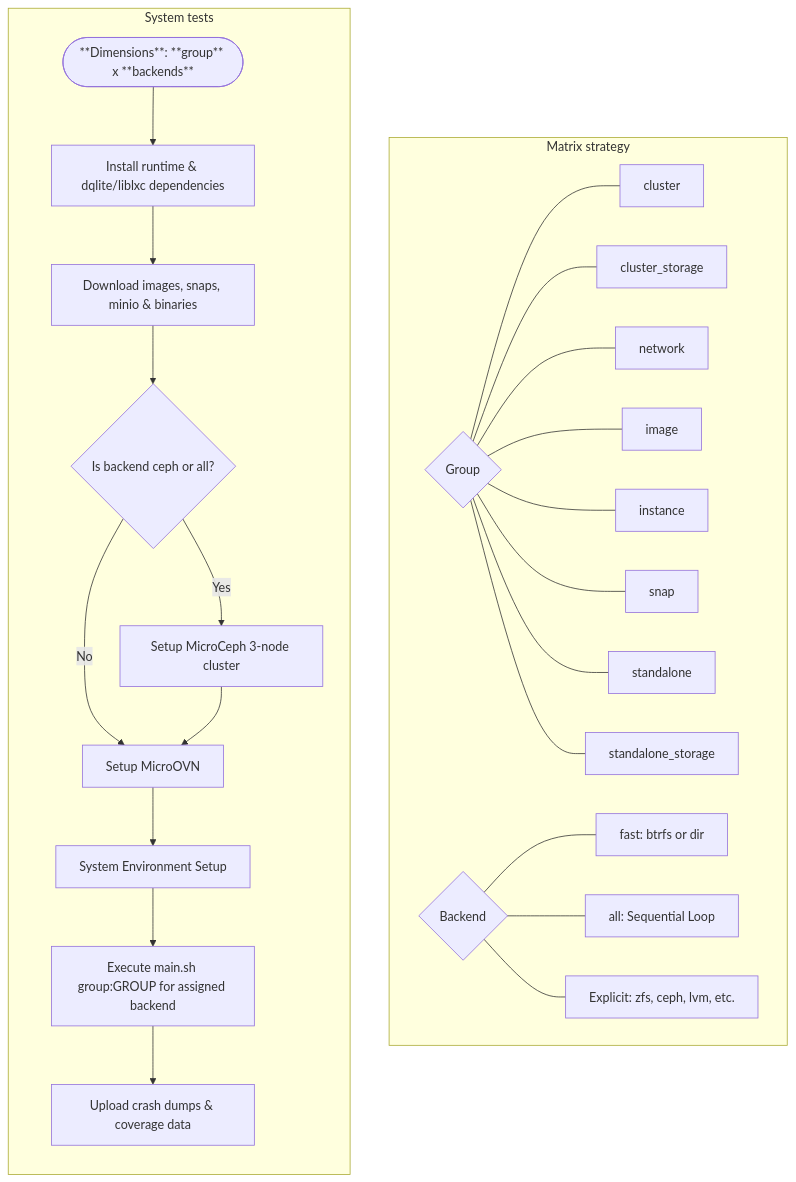
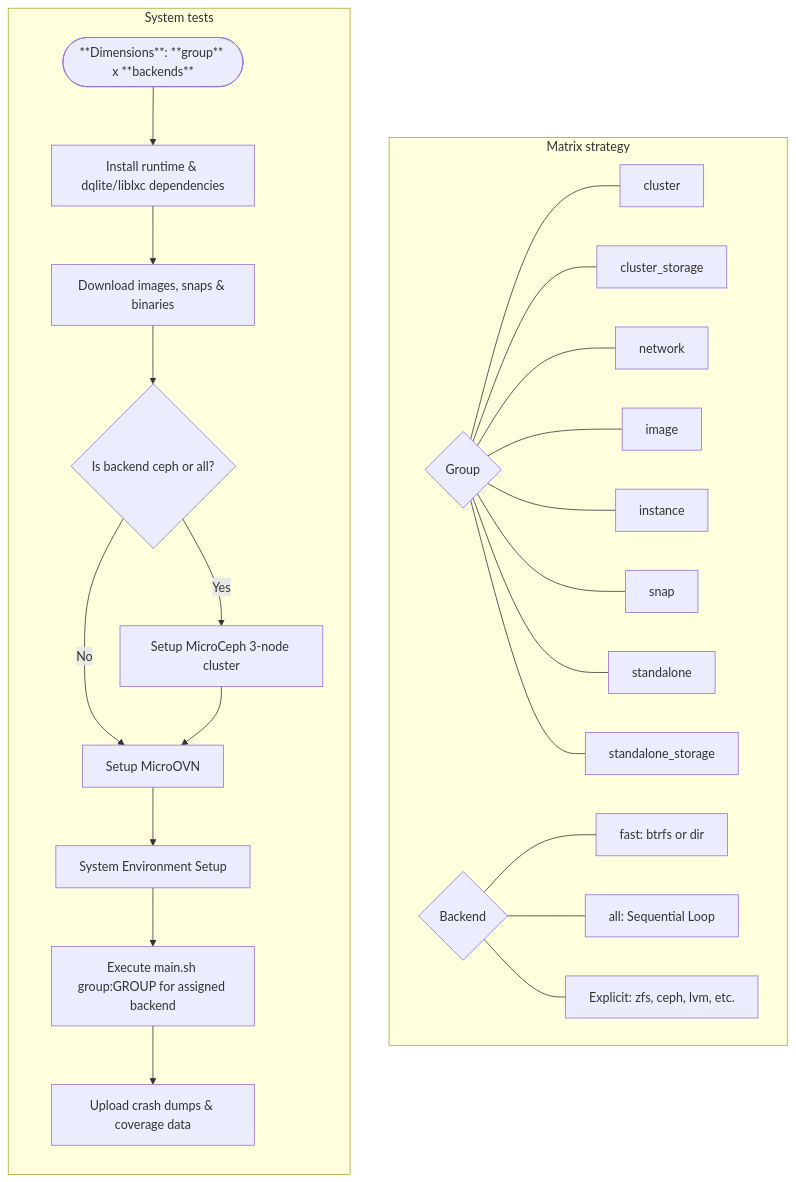
The fifth of 6 diagrams in test/overview.md (canonical/lxd), drawn with Mermaid before and after one commit. The commit also changed other lines of this file, not shown here.

````diff
--- a/test/overview.md
+++ b/test/overview.md
@@ -169,36 +169,36 @@
 ```mermaid
 graph TD
     subgraph ST_Matrix [Matrix strategy]
         direction LR
         G_Node{Group}
         B_Node{Backend}
 
         G_Node --- G1[cluster]
         G_Node --- G2[cluster_storage]
         G_Node --- G3[network]
         G_Node --- G4[image]
         G_Node --- G5[instance]
         G_Node --- G6[snap]
         G_Node --- G7[standalone]
         G_Node --- G8[standalone_storage]
 
         B_Node --- B1[fast: btrfs or dir]
         B_Node --- B2[all: Sequential Loop]
         B_Node --- B3[Explicit: zfs, ceph, lvm, etc.]
     end
     subgraph ST [System tests]
         direction TB
         Matrix(["**Dimensions**: **group** x **backends**"]) --> InstallDeps[Install runtime & dqlite/liblxc dependencies]
-        InstallDeps --> PullArtifacts[Download images, snaps, minio & binaries]
+        InstallDeps --> PullArtifacts[Download images, snaps & binaries]
 
         PullArtifacts --> CephCheck{Is backend ceph or all?}
         CephCheck -- Yes --> SetupCeph[Setup MicroCeph 3-node cluster]
         CephCheck -- No --> SetupOVN[Setup MicroOVN]
         SetupCeph --> SetupOVN
 
         SetupOVN --> EnvSetup[System Environment Setup]
         EnvSetup --> ExecTest[Execute main.sh group:GROUP for assigned backend]
 
         ExecTest --> Uploads[Upload crash dumps & coverage data]
     end
 ```
````
